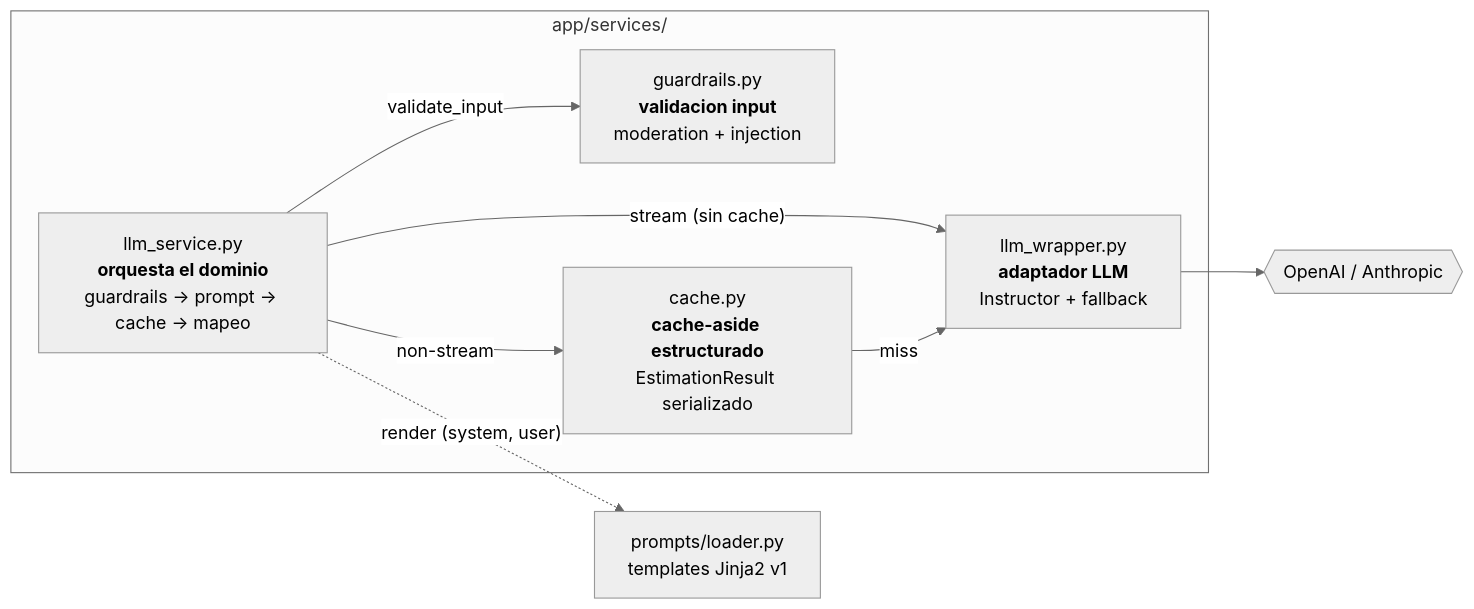
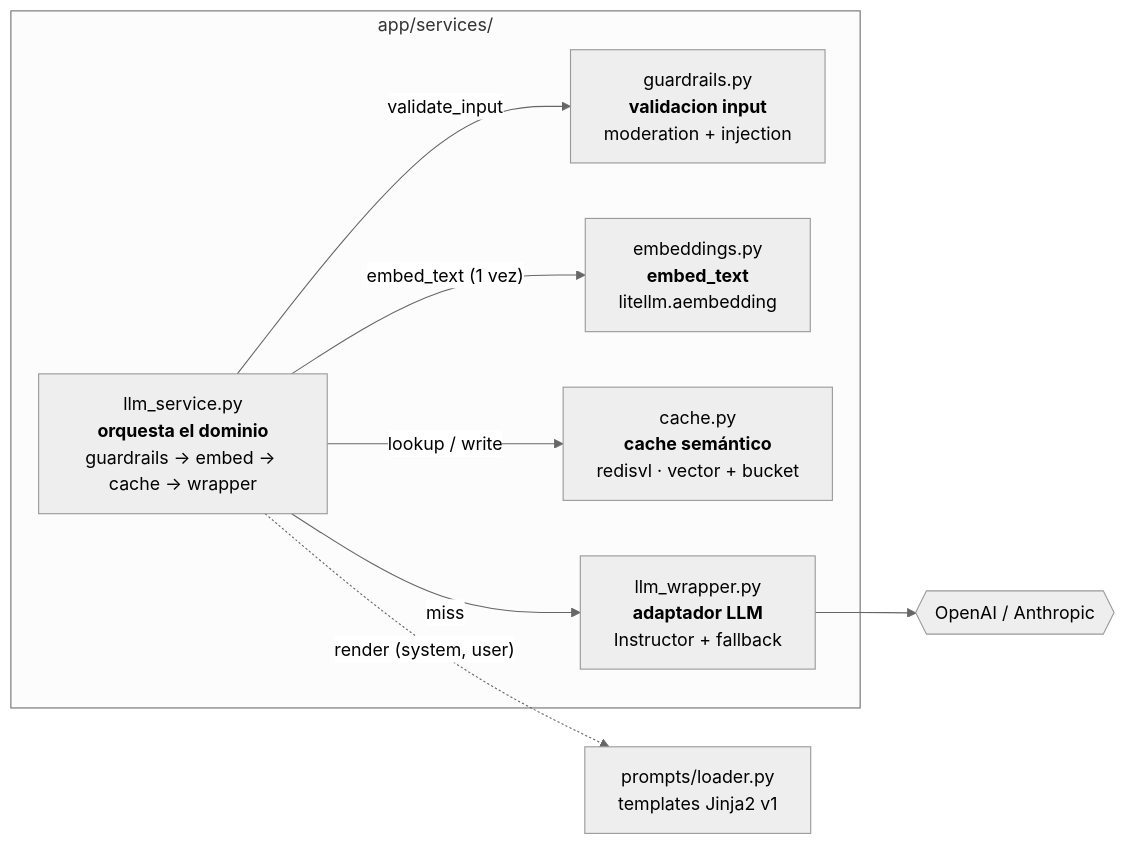
The fourth of 11 diagrams in ARCHITECTURE.md (salvalcaraz080/LIDR-RAG-master), drawn with Mermaid (neutral theme) before and after one commit. The commit also changed other lines of this file and 16 other files, not shown here.

First line of the commit message:
feat: sesión 04 B5 — caché semántico (redisvl) + embeddings + usage en streaming

````diff
--- a/ARCHITECTURE.md
+++ b/ARCHITECTURE.md
@@ -299,17 +312,18 @@
 ```mermaid
 flowchart LR
     subgraph services["app/services/"]
-        ls["llm_service.py<br/><b>orquesta el dominio</b><br/>guardrails → prompt → cache → mapeo"]
+        ls["llm_service.py<br/><b>orquesta el dominio</b><br/>guardrails → embed → cache → wrapper"]
         gr["guardrails.py<br/><b>validacion input</b><br/>moderation + injection"]
-        ca["cache.py<br/><b>cache-aside estructurado</b><br/>EstimationResult serializado"]
+        em["embeddings.py<br/><b>embed_text</b><br/>litellm.aembedding"]
+        ca["cache.py<br/><b>cache semántico</b><br/>redisvl · vector + bucket"]
         lw["llm_wrapper.py<br/><b>adaptador LLM</b><br/>Instructor + fallback"]
     end
     prompts["prompts/loader.py<br/>templates Jinja2 v1"]
 
     ls -->|"validate_input"| gr
-    ls -->|"non-stream"| ca
-    ls -->|"stream (sin cache)"| lw
+    ls -->|"embed_text (1 vez)"| em
+    ls -->|"lookup / write"| ca
+    ls -->|"miss"| lw
     ls -.->|"render (system, user)"| prompts
-    ca -->|"miss"| lw
     lw --> prov{{"OpenAI / Anthropic"}}
 ```
````
